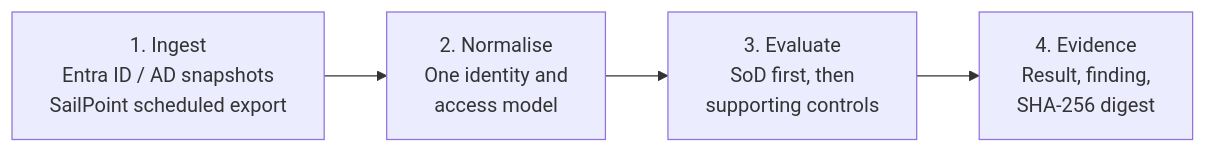
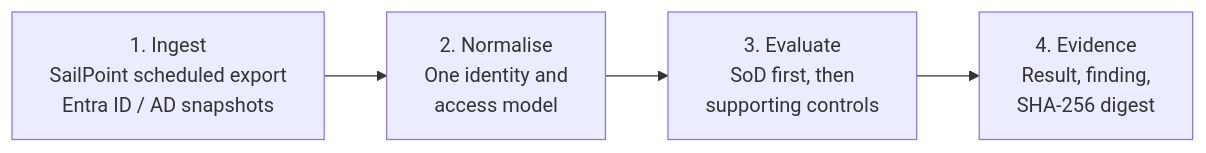
Before and after one commit to whatheheckisthis/Intent-to-Auditable-Trust-Object-Index: the diagram in README.md, drawn with Mermaid. The commit also changed other lines of this file, not shown here.

First line of the commit message:
docs: rewrite README with SailPoint input, process flow and status

````diff
--- a/README.md
+++ b/README.md
@@ -42,6 +3,6 @@
 ```mermaid
 flowchart LR
-    A["1. Ingest<br/>Entra ID / AD snapshots<br/>SailPoint scheduled export"] --> B["2. Normalise<br/>One identity and<br/>access model"]
+    A["1. Ingest<br/>SailPoint scheduled export<br/>Entra ID / AD snapshots"] --> B["2. Normalise<br/>One identity and<br/>access model"]
     B --> C["3. Evaluate<br/>SoD first, then<br/>supporting controls"]
     C --> D["4. Evidence<br/>Result, finding,<br/>SHA-256 digest"]
 ```
````
